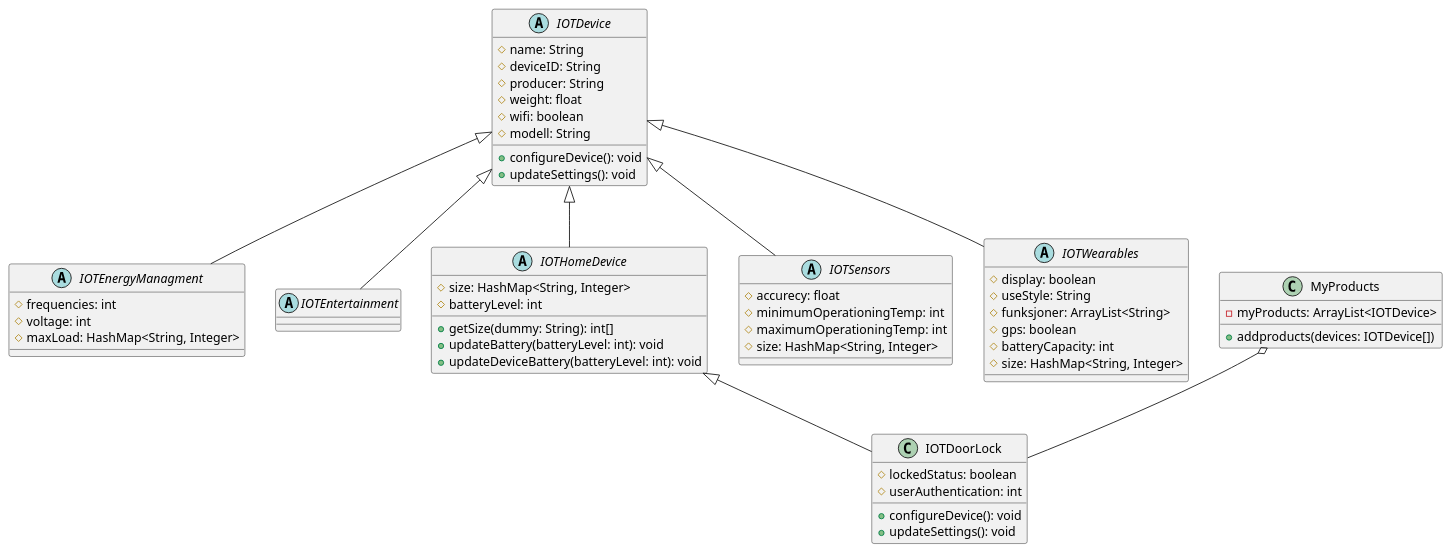
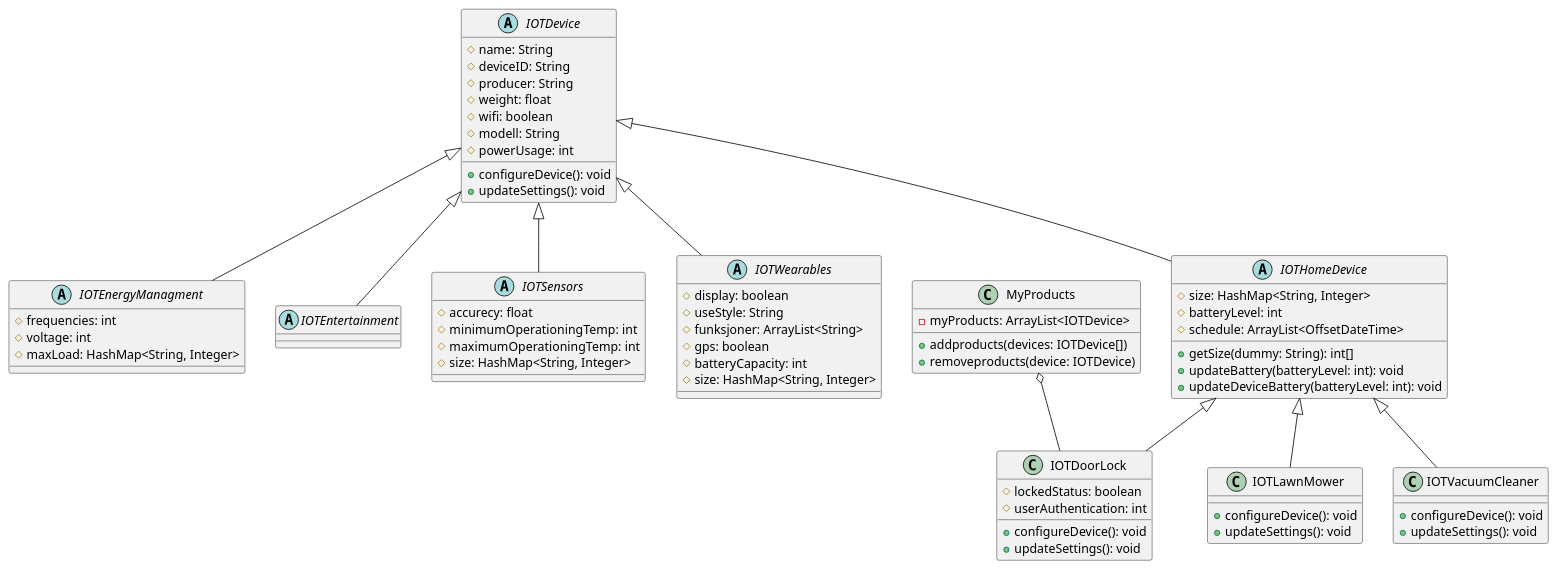
One commit to MaRoeIT/SoftwareEng_Gruppe_13 changed the diagram in SET_gruppe_13/src/main/java/no/hiof/g13/uml/IOTDevicesUML.puml. Above: the diagram before and after it, drawn with PlantUML.

Commit message:
Updated IOTDevicesUML
added the subclasses from dana to uml

```diff
--- a/SET_gruppe_13/src/main/java/no/hiof/g13/uml/IOTDevicesUML.puml
+++ b/SET_gruppe_13/src/main/java/no/hiof/g13/uml/IOTDevicesUML.puml
@@ -1,59 +1,72 @@
 @startuml
 'https://plantuml.com/class-diagram
 
 abstract class IOTDevice{
     #name: String
     #deviceID: String
     #producer: String
     #weight: float
     #wifi: boolean
     #modell: String
+    #powerUsage: int
     +configureDevice(): void
     +updateSettings(): void
 }
 IOTDevice <|-- IOTEnergyManagment
 IOTDevice <|-- IOTEntertainment
-IOTDevice <|-- IOTHomeDevice
 IOTDevice <|-- IOTSensors
 IOTDevice <|-- IOTWearables
+IOTDevice <|-- IOTHomeDevice
 abstract class IOTEnergyManagment{
     #frequencies: int
     #voltage: int
     #maxLoad: HashMap<String, Integer>
 }
 abstract class IOTEntertainment
-abstract class IOTHomeDevice{
-    #size: HashMap<String, Integer>
-    #batteryLevel: int
-    +getSize(dummy: String): int[]
-    +updateBattery(batteryLevel: int): void
-    +updateDeviceBattery(batteryLevel: int): void
-}
-IOTHomeDevice <|-- IOTDoorLock
 abstract class IOTSensors{
     #accurecy: float
     #minimumOperationingTemp: int
     #maximumOperationingTemp: int
     #size: HashMap<String, Integer>
 }
 abstract class IOTWearables{
     #display: boolean
     #useStyle: String
     #funksjoner: ArrayList<String>
     #gps: boolean
     #batteryCapacity: int
     #size: HashMap<String, Integer>
 }
+abstract class IOTHomeDevice{
+    #size: HashMap<String, Integer>
+    #batteryLevel: int
+    #schedule: ArrayList<OffsetDateTime>
+    +getSize(dummy: String): int[]
+    +updateBattery(batteryLevel: int): void
+    +updateDeviceBattery(batteryLevel: int): void
+}
+IOTHomeDevice <|-- IOTDoorLock
+IOTHomeDevice <|-- IOTLawnMower
+IOTHomeDevice <|-- IOTVacuumCleaner
 class IOTDoorLock{
     #lockedStatus: boolean
     #userAuthentication: int
     +configureDevice(): void
     +updateSettings(): void
 }
+class IOTLawnMower{
+    +configureDevice(): void
+    +updateSettings(): void
+}
+class IOTVacuumCleaner{
+    +configureDevice(): void
+    +updateSettings(): void
+}
 class MyProducts{
     -myProducts: ArrayList<IOTDevice>
     +addproducts(devices: IOTDevice[])
+    +removeproducts(device: IOTDevice)
 }
 MyProducts o-- IOTDoorLock
 
 @enduml
```
